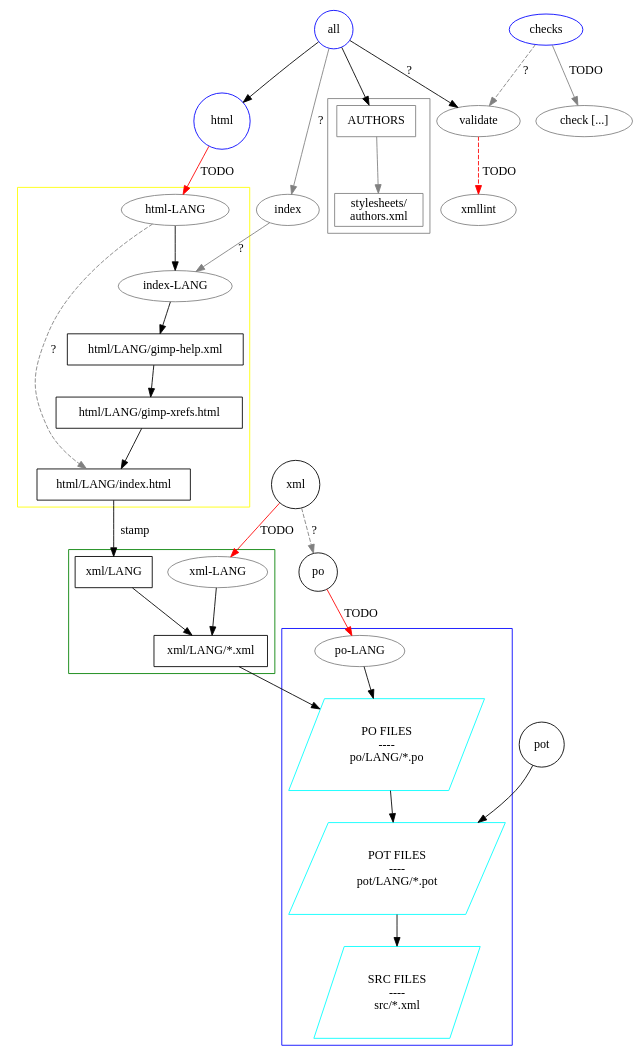
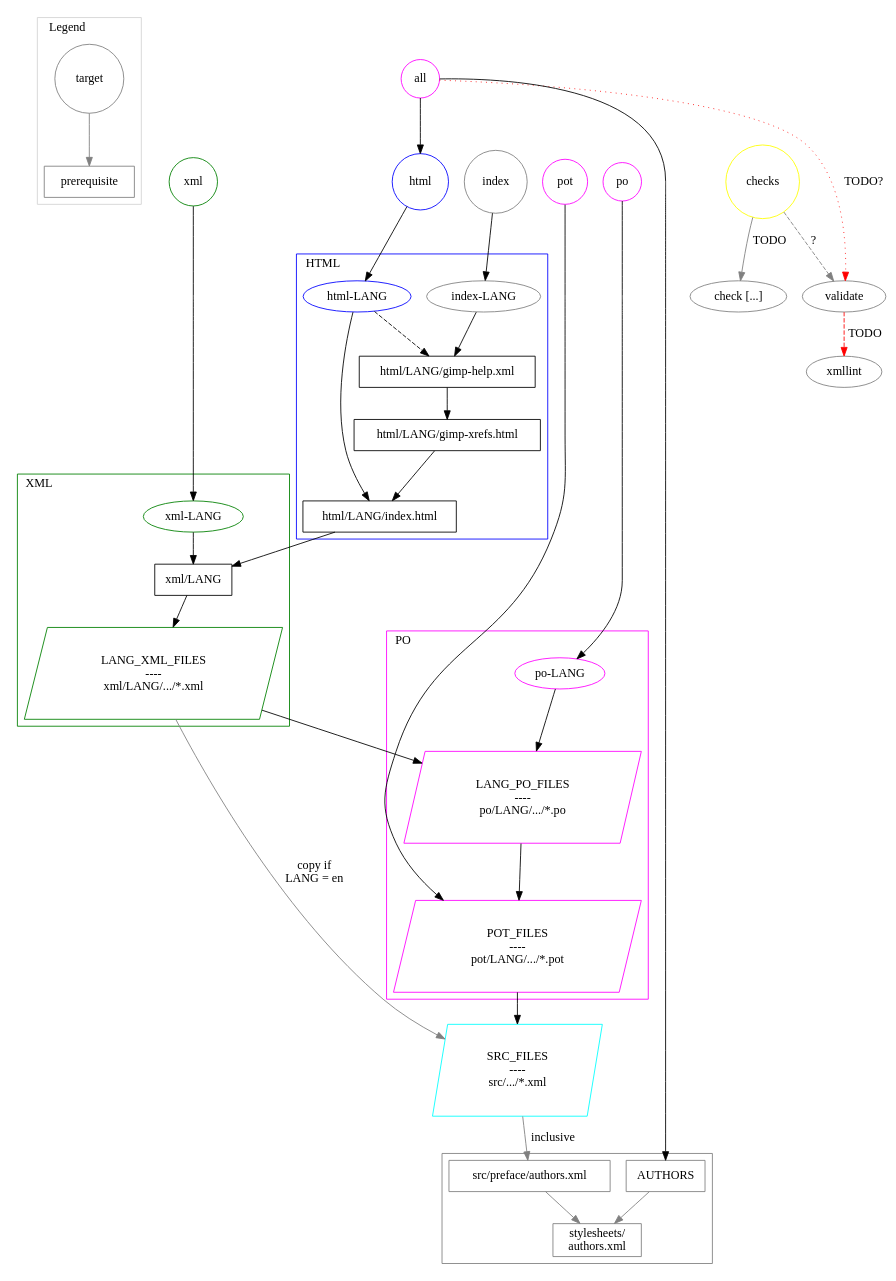
One commit to GNOME/gimp-help changed the diagram in tools/build-system.dot. Above: the diagram before and after it, drawn with Graphviz. The commit also changed 3 other files, not shown here.

Commit message:
[make] Change dot rule and update dot graph file

```diff
--- a/tools/build-system.dot
+++ b/tools/build-system.dot
@@ -1,121 +1,141 @@
 /*
-    Proposed gettext-based gimp-help build system
+    gimp-help build system
 
     Shapes:
         - circle    main targets
         - ellipse   lang-dependent or auxiliary targets
         - box       file or directory targets
         - polygon   file list
-        - hexagon   TODO etc.
     Colors:
-        - blue      PO & POT
+        - magenta   PO & POT
         - green     XML
-        - yellow    HTML
+        - blue      HTML
         - grey      minor targets etc.
         - red       TODO
 */
 
 digraph gimp_build_system {
     node[shape=box];
 
-    all[label="all" color=blue shape="circle"];
+    subgraph cluster_legend {
+        color=lightgrey;
+        label="Legend";
+        labeljust=l;
 
-    all -> validate[label="?"];
-    all -> html;
-    all -> index[label="?" color=grey];
-    all -> authors;
+        target[color=grey shape=circle];
+        prerequisite[color=grey shape=box];
 
-    /* do_nothing[label="do nothing" color=grey shape=hexagon] */
-    /* todo[label="TODO" color=red shape=hexagon] */
+        target -> prerequisite[color=grey];
+    }
 
-    node[shape=circle];
-    pot[label="pot"];
-    po[shape=circle];
+    all[label="all" color=magenta shape=circle];
 
-    po -> po_lang[label="TODO" color=red];
-    pot -> pot_files;
+    subgraph main_targets {
+        rank=same;
+        node[shape=circle];
+
+        html[color=blue shape=circle];
+        index[color=grey shape=circle];
+        xml[color=green shape=circle];
+        checks[color=yellow shape=circle]
+
+        pot[color=magenta shape=circle];
+        po[color=magenta shape=circle];
+    }
+
+    node[shape=box];
+
+    all -> validate[label="TODO?" color=red style=dotted weight=1];
+    all -> html[weight=5];
+    all -> authors[weight=3];
 
     subgraph cluster_po {
-        color="blue";
-    
-        src_files[label="SRC FILES\n----\nsrc/*.xml" color=cyan shape=polygon side=4 skew=.5];
-        pot_files[label="POT FILES\n----\npot/LANG/*.pot" color=cyan shape=polygon side=4 skew=.5];
-        po_files[label="PO FILES\n----\npo/LANG/*.po" color=cyan shape=polygon side=4 skew=.5];
-    
-        pot_files -> src_files;
-        
+        label="PO";
+        labeljust=l;
+        color=magenta;
+
+        pot_files[label="POT_FILES\n----\npot/LANG/.../*.pot"
+                  color=magenta shape=polygon side=4 skew=.2];
+        po_files[label="LANG_PO_FILES\n----\npo/LANG/.../*.po"
+                 color=magenta shape=polygon side=4 skew=.2];
+
         node[shape=ellipse];
-        po_lang[label="po-LANG" color=grey shape=ellipse];
+        po_lang[label="po-LANG" color=magenta shape=ellipse];
         po_lang -> po_files -> pot_files;
-        /* po_en[label="po-en" color=grey] */
-        /* po_en -> do_nothing */
-    
     } /* subgraph cluster_po */
+
+    src_files[label="SRC_FILES\n----\nsrc/.../*.xml"
+              color=cyan shape=polygon side=4 skew=.2];
+
+    pot_files -> src_files;
+    src_files -> authors_src_file[color=grey label="inclusive"];
+
+    po -> po_lang;
+    pot -> pot_files;
 
     subgraph cluster_authors {
         color="grey";
+        labeljust=l;
 
         authors[label="AUTHORS" color=grey shape=box]
-        authors_xml[label="stylesheets/\nauthors.xml" color=grey shape=box]
-        authors -> authors_xml[color=grey]
+        authors_data_file[label="stylesheets/\nauthors.xml"
+                          color=grey shape=box]
+        authors_src_file[label="src/preface/authors.xml" color=grey shape=box];
+        authors -> authors_data_file[color=grey]
+        authors_src_file -> authors_data_file[color=grey];
     } /* subgraph cluster_authors */
 
 
     xml[label="xml" shape=circle];
 
     subgraph cluster_xml {
         color="green";
-    
-        xml_files[label="xml/LANG/*.xml" shape=box];
-        xml_dir[label="xml/LANG" shape=box]
-        xml_lang[label="xml-LANG" color=grey shape=ellipse]
-        /* xml_en[label="xml-en" color=green shape=ellipse] */
-    
-        xml_dir -> xml_files -> po_files
-        xml_lang -> xml_files
-        /* xml_en -> src_files[label="link" color="grey"] */
+        label="XML";
+        labeljust=l;
 
+        xml_lang[label="xml-LANG" color=green shape=ellipse];
+        xml_dir[label="xml/LANG" shape=box];
+        xml_files[label="LANG_XML_FILES\n----\nxml/LANG/.../*.xml"
+                  shape=polygon side=4 skew=.2 color=green];
+        xml_lang -> xml_dir -> xml_files;
+        xml_files -> po_files;
     } /* subgraph cluster_xml */
 
-    html[color=blue shape=circle]
-    index[color=grey shape=ellipse]
-    index -> index_lang[color=grey label="?"]
+    xml_files -> src_files[color=grey label="copy if\nLANG = en"];
+    xml -> xml_lang[weight=4];
+
+    index -> index_lang;
 
     subgraph cluster_html {
-        color="yellow";
-    
-        html_lang[label="html-LANG" color=grey shape=ellipse]
+        color="blue";
+        label="HTML";
+        labeljust=l;
+
+        html_lang[label="html-LANG" color=blue shape=ellipse]
         html_main[label="html/LANG/index.html" shape=box]
         index_lang[label="index-LANG" color=grey shape=ellipse]
-        xrefs_lang[label="html/LANG/gimp-xrefs.html" shape=box] 
+        xrefs_lang[label="html/LANG/gimp-xrefs.html" shape=box]
         help_lang[label="html/LANG/gimp-help.xml" shape=box]
-    
-        
-        /* html_lang -> po_lang */
-        html_lang -> index_lang
-        html_lang -> html_main[style=dashed color=grey label=" ?"]
-        html_main -> xml_dir[label=" stamp"]
-        xrefs_lang -> html_main
-    
+
+        html_lang -> help_lang[style=dashed];
+        html_lang -> html_main;
+        html_main -> xml_dir;
+        xrefs_lang -> html_main;
+
         index_lang -> help_lang -> xrefs_lang
 
     } /* subgraph cluster_html */
 
+    html -> html_lang;
 
     /* TODO */
 
-    xml[shape=circle]
-    checks[color=blue shape=ellipse]
     check1[label="check [...]" color=grey shape=ellipse]
     validate[color=grey shape=ellipse]
     xmllint[color=grey shape=ellipse]
 
-    xml ->  xml_lang[label="TODO" color=red]
-    /* xml ->  xml_en[color=grey] */
-    xml ->  po[style=dashed color=grey label=" ?"]
-    html -> html_lang[label="TODO" color=red]
     checks -> validate[color=grey style=dashed label=" ?"]
     checks -> check1[color=grey label=" TODO"]
     validate -> xmllint[color=red style=dashed label=" TODO"]
 
 } /* digraph gimp_build_system */
```
